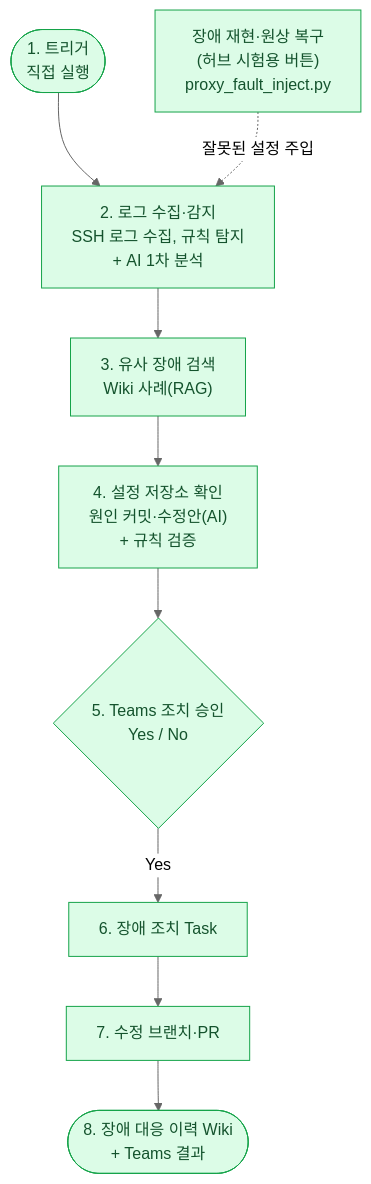
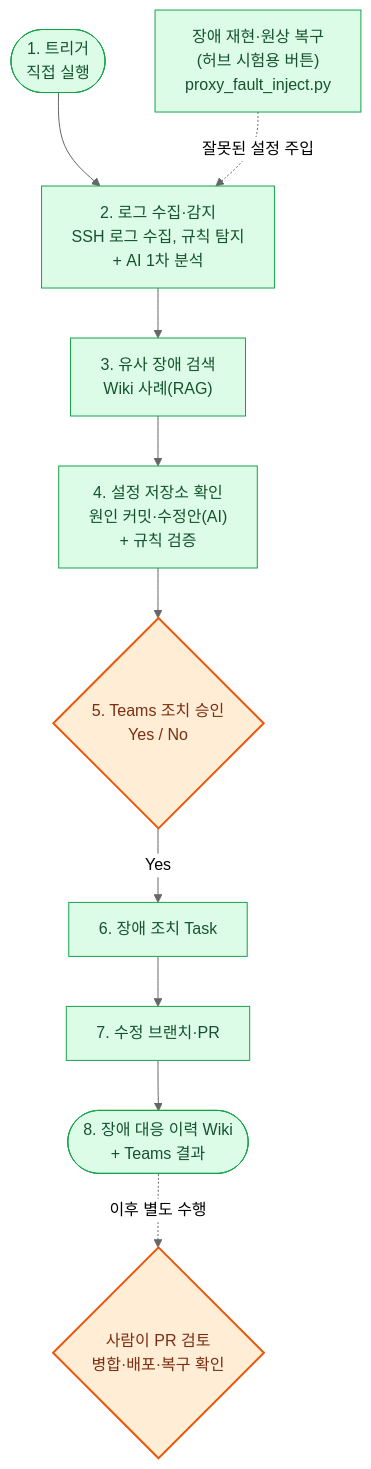
The third of 10 diagrams in README.md (pcmola/ai-master), drawn with Mermaid (neutral theme) before and after one commit. The commit also changed other lines of this file and 14 other files, not shown here.

````diff
--- a/README.md
+++ b/README.md
@@ -168,16 +178,19 @@
 ```mermaid
 flowchart TD
     t(["1. 트리거<br/>직접 실행"]) --> d["2. 로그 수집·감지<br/>SSH 로그 수집, 규칙 탐지<br/>+ AI 1차 분석"]
     d --> sim["3. 유사 장애 검색<br/>Wiki 사례(RAG)"]
     sim --> src["4. 설정 저장소 확인<br/>원인 커밋·수정안(AI)<br/>+ 규칙 검증"]
     src --> ap{"5. Teams 조치 승인<br/>Yes / No"}
     ap -- "Yes" --> task["6. 장애 조치 Task"]
     task --> pr["7. 수정 브랜치·PR"]
     pr --> hist(["8. 장애 대응 이력 Wiki<br/>+ Teams 결과"])
+    hist -. "이후 별도 수행" .-> review{"사람이 PR 검토<br/>병합·배포·복구 확인"}
     inj["장애 재현·원상 복구<br/>(허브 시험용 버튼)<br/>proxy_fault_inject.py"] -. "잘못된 설정 주입" .-> d
 
     classDef done fill:#DCFCE7,stroke:#16A34A,color:#14532D
     classDef part fill:#FEF3C7,stroke:#D97706,color:#78350F
     classDef todo fill:#F1F5F9,stroke:#94A3B8,stroke-dasharray:4 3,color:#64748B
-    class t,d,sim,src,inj,ap,task,pr,hist done
+    classDef user fill:#FFEDD5,stroke:#EA580C,stroke-width:2px,color:#7C2D12
+    class t,d,sim,src,inj,task,pr,hist done
+    class ap,review user
 ```
````
